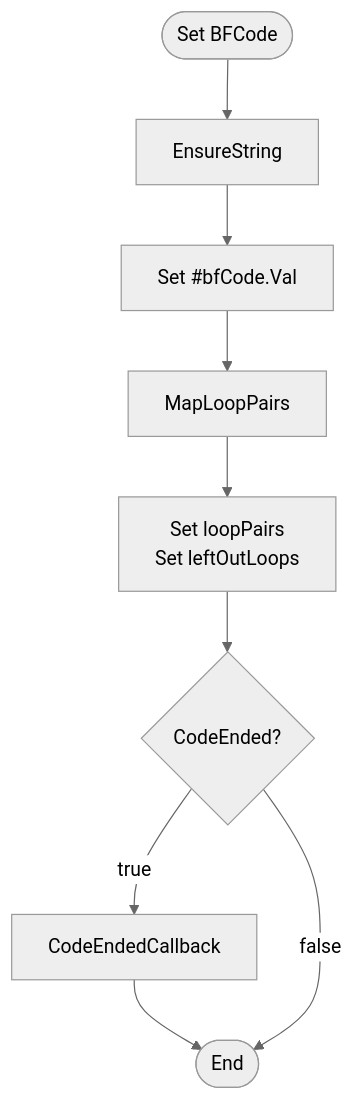
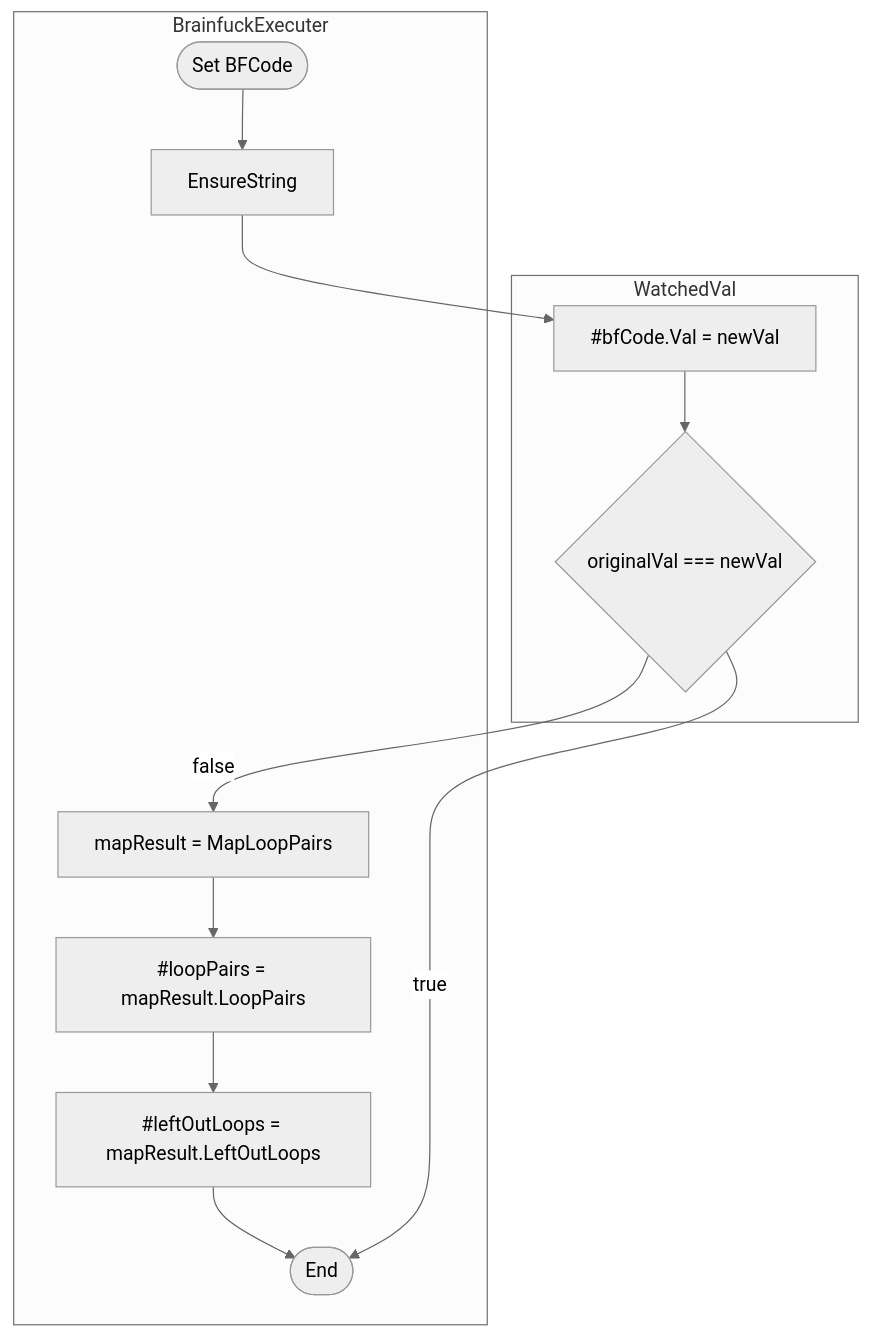
One commit to BCS21090011/BrainFucker changed the second of 25 diagrams in src/Classes_Info/BrainfuckExecuter.md. Above: the diagram before and after it, drawn with Mermaid (neutral theme). The commit also changed other lines of this file, not shown here.

Commit message:
Redo Set BFCode chart.

````diff
--- a/src/Classes_Info/BrainfuckExecuter.md
+++ b/src/Classes_Info/BrainfuckExecuter.md
@@ -92,25 +92,36 @@
     ```mermaid
     flowchart
+        subgraph WatchedVal
+            SetBFCode[#bfCode.Val = newVal]
+            WatchedValCheckSameVal{originalVal === newVal}
+        end
 
-    Start([Set BFCode])
+        subgraph BrainfuckExecuter
+            Start([Set BFCode])
+            EnsureString
+            MapLoopPairs[mapResult = MapLoopPairs]
+            SetLoopPairs[#loopPairs = mapResult.LoopPairs]
+            SetLeftOutLoops[#leftOutLoops = mapResult.LeftOutLoops]
+            End([End])
+        end
+
+    Start
     -->
     EnsureString
     -->
-    SetbfCode[Set #bfCode.Val]
+    SetBFCode
     -->
+    WatchedValCheckSameVal
+    --false-->
     MapLoopPairs
     -->
-    SetLoopPairsLeftOutLoops[
-    Set loopPairs
-    Set leftOutLoops
-    ]
+    SetLoopPairs
     -->
-    CodeEnded{CodeEnded?}
+    SetLeftOutLoops
+    -->
+    End
+
+    WatchedValCheckSameVal
     --true-->
-    CodeEndedCallback
-    -->
-    End([End])
-    CodeEnded
-    --false-->
     End
     ```
````
